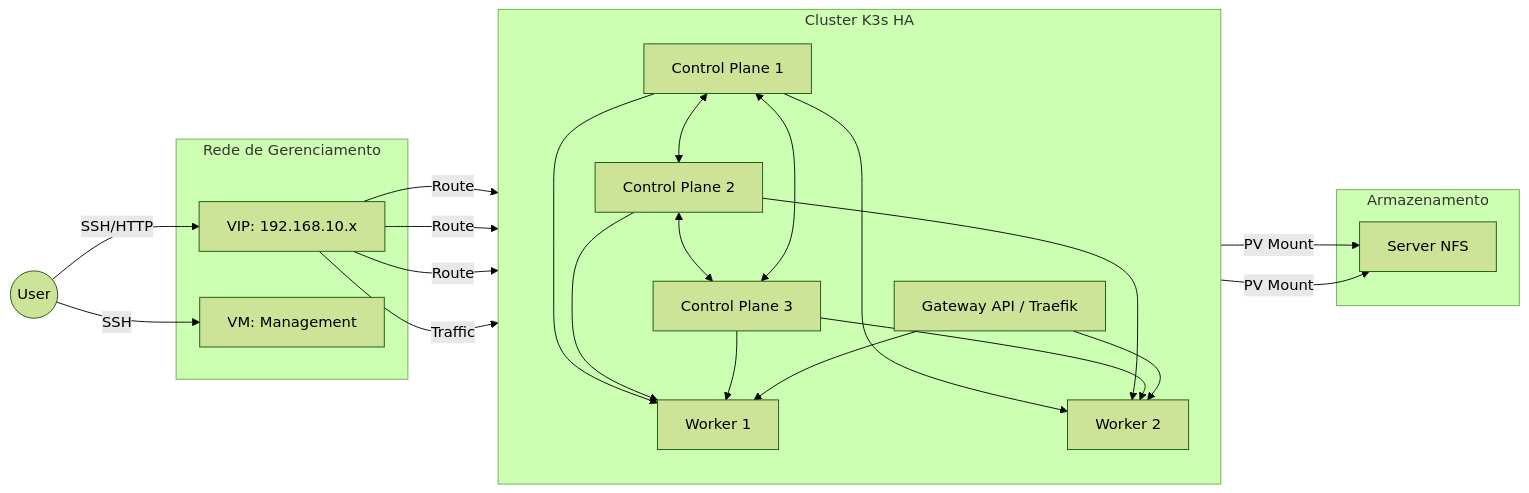
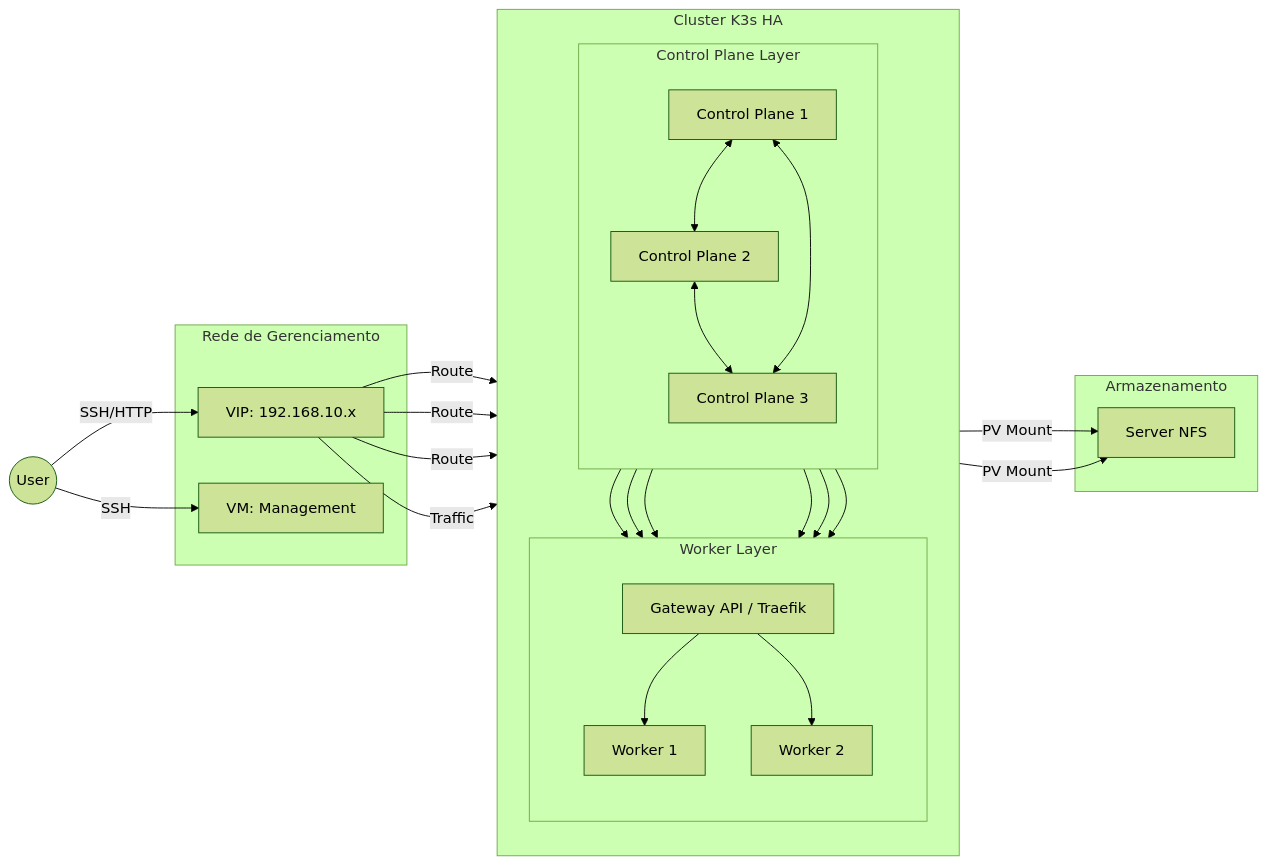
One commit to hugllaslima/proxmox-ve-automation changed the diagram in scripts-k3s-kubernetes-v2/README.md. Above: the diagram before and after it, drawn with Mermaid (forest theme).

Commit message:
K3s na 'Versão 2' - Testado e Homologado

````diff
--- a/scripts-k3s-kubernetes-v2/README.md
+++ b/scripts-k3s-kubernetes-v2/README.md
@@ -71,39 +71,41 @@
 ```mermaid
 graph LR
     User((User)) -->|SSH/HTTP| MetalLB
     User -->|SSH| Management
     
     subgraph Management_Net [Rede de Gerenciamento]
         Management[VM: Management]
         MetalLB[VIP: 192.168.10.x]
     end
 
     subgraph Cluster_K3s [Cluster K3s HA]
         direction TB
-        CP1[Control Plane 1] <--> CP2[Control Plane 2]
-        CP2 <--> CP3[Control Plane 3]
-        CP3 <--> CP1
         
-        MetalLB -->|Route| CP1
-        MetalLB -->|Route| CP2
-        MetalLB -->|Route| CP3
+        subgraph Control_Plane [Control Plane Layer]
+            direction TB
+            CP1[Control Plane 1] <--> CP2[Control Plane 2]
+            CP2 <--> CP3[Control Plane 3]
+            CP3 <--> CP1
+        end
+
+        subgraph Data_Plane [Worker Layer]
+            direction TB
+            Worker1[Worker 1]
+            Worker2[Worker 2]
+            Gateway[Gateway API / Traefik]
+        end
         
-        CP1 --> Worker1[Worker 1]
-        CP1 --> Worker2[Worker 2]
-        CP2 --> Worker1
-        CP2 --> Worker2
-        CP3 --> Worker1
-        CP3 --> Worker2
+        MetalLB -->|Route| CP1 & CP2 & CP3
         
-        Gateway[Gateway API / Traefik] --> Worker1
-        Gateway --> Worker2
+        CP1 & CP2 & CP3 --> Worker1 & Worker2
+        
+        Gateway --> Worker1 & Worker2
         MetalLB -->|Traffic| Gateway
     end
 
     subgraph Storage [Armazenamento]
         NFS[Server NFS]
     end
 
-    Worker1 -->|PV Mount| NFS
-    Worker2 -->|PV Mount| NFS
+    Worker1 & Worker2 -->|PV Mount| NFS
 ```
````
